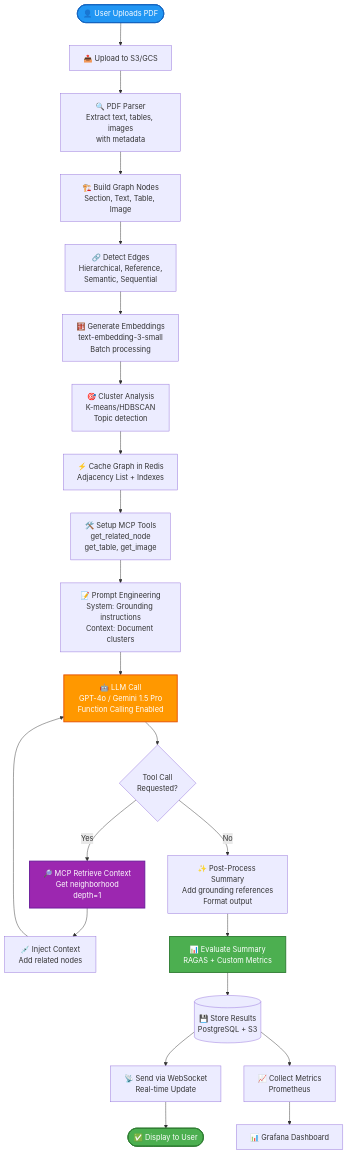
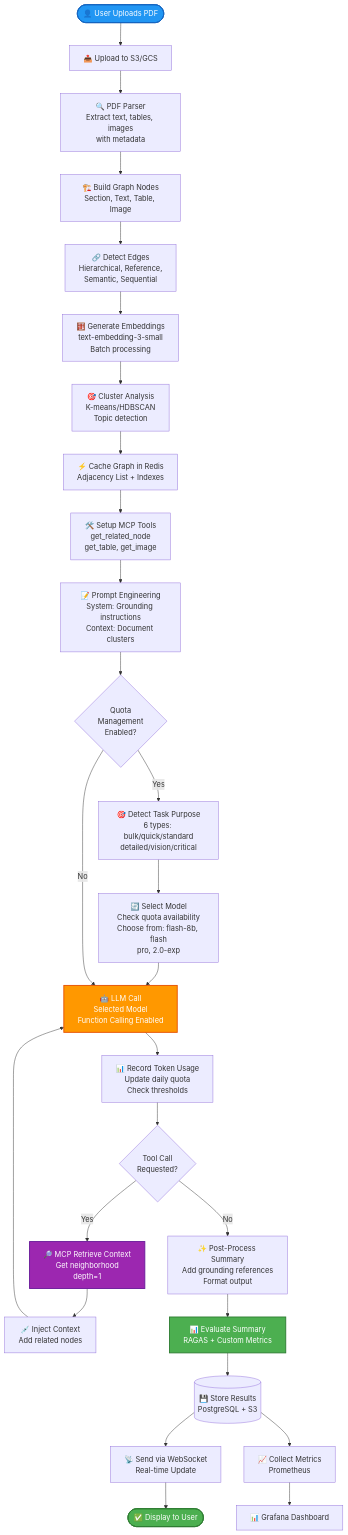
The third of 12 diagrams in docs/architecture/ARCHITECTURE-DIAGRAMS.md (abezr/pdf-summarize), drawn with Mermaid before and after one commit. The commit also changed other lines of this file and 1 other file, not shown here.

First line of the commit message:
docs: Update C4 Architecture and Diagrams with Quota Management

````diff
--- a/docs/architecture/ARCHITECTURE-DIAGRAMS.md
+++ b/docs/architecture/ARCHITECTURE-DIAGRAMS.md
@@ -122,44 +123,51 @@
 ```mermaid
 flowchart TD
     Start([👤 User Uploads PDF]) --> Upload[📤 Upload to S3/GCS]
     Upload --> Parse[🔍 PDF Parser<br/>Extract text, tables, images<br/>with metadata]
     
     Parse --> BuildNodes[🏗️ Build Graph Nodes<br/>Section, Text, Table, Image]
     BuildNodes --> BuildEdges[🔗 Detect Edges<br/>Hierarchical, Reference,<br/>Semantic, Sequential]
     
     BuildEdges --> Embed[🧮 Generate Embeddings<br/>text-embedding-3-small<br/>Batch processing]
     Embed --> Cluster[🎯 Cluster Analysis<br/>K-means/HDBSCAN<br/>Topic detection]
     
     Cluster --> Cache[⚡ Cache Graph in Redis<br/>Adjacency List + Indexes]
     
     Cache --> MCPSetup[🛠️ Setup MCP Tools<br/>get_related_node<br/>get_table, get_image]
     
     MCPSetup --> PromptEngineer[📝 Prompt Engineering<br/>System: Grounding instructions<br/>Context: Document clusters]
     
-    PromptEngineer --> LLMCall[🤖 LLM Call<br/>GPT-4o / Gemini 1.5 Pro<br/>Function Calling Enabled]
+    PromptEngineer --> QuotaCheck{Quota<br/>Management<br/>Enabled?}
     
-    LLMCall --> ToolCall{Tool Call<br/>Requested?}
+    QuotaCheck -->|Yes| DetectPurpose[🎯 Detect Task Purpose<br/>6 types: bulk/quick/standard<br/>detailed/vision/critical]
+    DetectPurpose --> SelectModel[🔄 Select Model<br/>Check quota availability<br/>Choose from: flash-8b, flash<br/>pro, 2.0-exp]
+    SelectModel --> LLMCall[🤖 LLM Call<br/>Selected Model<br/>Function Calling Enabled]
+    
+    QuotaCheck -->|No| LLMCall
+    
+    LLMCall --> RecordUsage[📊 Record Token Usage<br/>Update daily quota<br/>Check thresholds]
+    RecordUsage --> ToolCall{Tool Call<br/>Requested?}
     
     ToolCall -->|Yes| MCPRetrieve[🔎 MCP Retrieve Context<br/>Get neighborhood<br/>depth=1]
     MCPRetrieve --> InjectContext[💉 Inject Context<br/>Add related nodes]
     InjectContext --> LLMCall
     
     ToolCall -->|No| PostProcess[✨ Post-Process Summary<br/>Add grounding references<br/>Format output]
     
     PostProcess --> Evaluate[📊 Evaluate Summary<br/>RAGAS + Custom Metrics]
     
     Evaluate --> Store[(💾 Store Results<br/>PostgreSQL + S3)]
     
     Store --> WebSocket[📡 Send via WebSocket<br/>Real-time Update]
     
     WebSocket --> End([✅ Display to User])
     
     Store --> Metrics[📈 Collect Metrics<br/>Prometheus]
     Metrics --> Dashboard[📊 Grafana Dashboard]
     
     style Start fill:#2196F3,stroke:#1565C0,stroke-width:2px,color:#fff
     style LLMCall fill:#FF9800,stroke:#E65100,stroke-width:2px,color:#fff
     style MCPRetrieve fill:#9C27B0,stroke:#6A1B9A,stroke-width:2px,color:#fff
     style Evaluate fill:#4CAF50,stroke:#2E7D32,stroke-width:2px,color:#fff
     style End fill:#4CAF50,stroke:#2E7D32,stroke-width:2px,color:#fff
 ```
````
